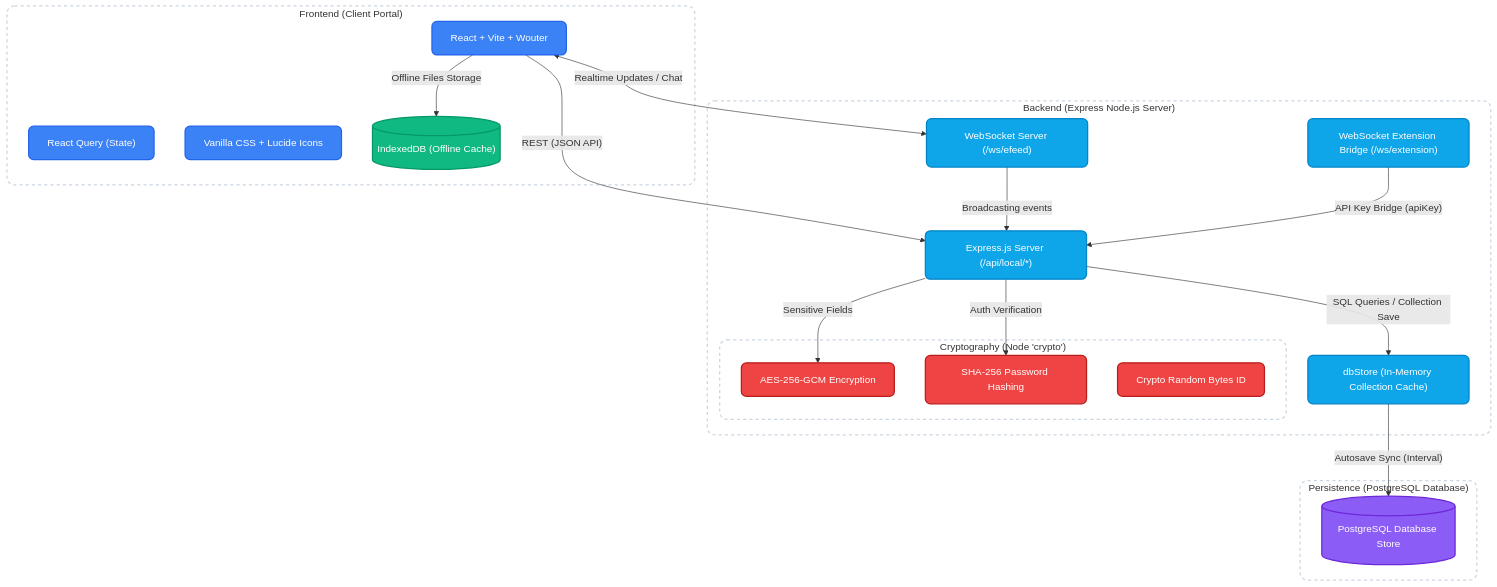
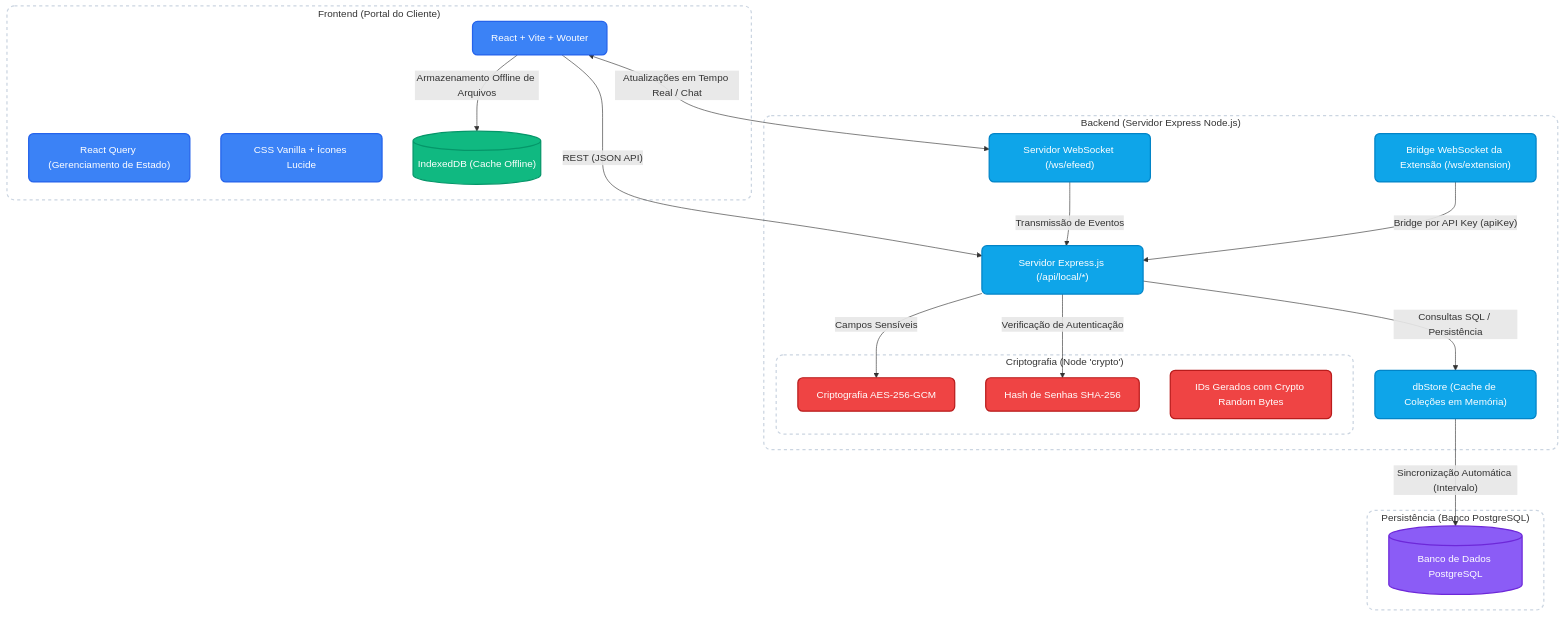
Before and after one commit to EduTok/map: the first of 6 diagrams in README.md, drawn with Mermaid. The commit also changed other lines of this file, not shown here.

````diff
--- a/README.md
+++ b/README.md
@@ -10,48 +11,48 @@
 ```mermaid
 graph TD
     %% Base styling
     classDef client fill:#3b82f6,color:#ffffff,stroke:#2563eb,stroke-width:2px,rx:8px,ry:8px
     classDef server fill:#0ea5e9,color:#ffffff,stroke:#0284c7,stroke-width:2px,rx:8px,ry:8px
     classDef storage fill:#8b5cf6,color:#ffffff,stroke:#6d28d9,stroke-width:2px,rx:8px,ry:8px
     classDef cache fill:#10b981,color:#ffffff,stroke:#059669,stroke-width:2px,rx:8px,ry:8px
     classDef security fill:#ef4444,color:#ffffff,stroke:#b91c1c,stroke-width:2px,rx:8px,ry:8px
     classDef boundary fill:none,stroke:#cbd5e1,stroke-width:2px,stroke-dasharray: 5 5,rx:12px,ry:12px
 
-    subgraph Frontend["Frontend (Client Portal)"]
+    subgraph Frontend["Frontend (Portal do Cliente)"]
         React["React + Vite + Wouter"]:::client
-        ReactQuery["React Query (State)"]:::client
-        Tailwind["Vanilla CSS + Lucide Icons"]:::client
-        IndexedDB[("IndexedDB (Offline Cache)")]:::cache
+        ReactQuery["React Query (Gerenciamento de Estado)"]:::client
+        Tailwind["CSS Vanilla + Ícones Lucide"]:::client
+        IndexedDB[("IndexedDB (Cache Offline)")]:::cache
     end
 
-    subgraph Backend["Backend (Express Node.js Server)"]
-        API["Express.js Server (/api/local/*)"]:::server
-        WSEfeed["WebSocket Server (/ws/efeed)"]:::server
-        WSExt["WebSocket Extension Bridge (/ws/extension)"]:::server
-        dbStore["dbStore (In-Memory Collection Cache)"]:::server
+    subgraph Backend["Backend (Servidor Express Node.js)"]
+        API["Servidor Express.js (/api/local/*)"]:::server
+        WSEfeed["Servidor WebSocket (/ws/efeed)"]:::server
+        WSExt["Bridge WebSocket da Extensão (/ws/extension)"]:::server
+        dbStore["dbStore (Cache de Coleções em Memória)"]:::server
         
-        subgraph Crypto["Cryptography (Node 'crypto')"]
-            AES["AES-256-GCM Encryption"]:::security
-            SHA["SHA-256 Password Hashing"]:::security
-            GenID["Crypto Random Bytes ID"]:::security
+        subgraph Crypto["Criptografia (Node 'crypto')"]
+            AES["Criptografia AES-256-GCM"]:::security
+            SHA["Hash de Senhas SHA-256"]:::security
+            GenID["IDs Gerados com Crypto Random Bytes"]:::security
         end
     end
 
-    subgraph Persistence["Persistence (PostgreSQL Database)"]
-        Postgres[("PostgreSQL Database Store")]:::storage
+    subgraph Persistence["Persistência (Banco PostgreSQL)"]
+        Postgres[("Banco de Dados PostgreSQL")]:::storage
     end
 
     React -- "REST (JSON API)" --> API
-    React <--"Realtime Updates / Chat"--> WSEfeed
-    React -- "Offline Files Storage" --> IndexedDB
+    React <--"Atualizações em Tempo Real / Chat"--> WSEfeed
+    React -- "Armazenamento Offline de Arquivos" --> IndexedDB
 
-    API -- "Sensitive Fields" --> AES
-    dbStore -- "Autosave Sync (Interval)" --> Postgres
-    API -- "Auth Verification" --> SHA
+    API -- "Campos Sensíveis" --> AES
+    dbStore -- "Sincronização Automática (Intervalo)" --> Postgres
+    API -- "Verificação de Autenticação" --> SHA
 
-    API -- "SQL Queries / Collection Save" --> dbStore
-    WSEfeed -- "Broadcasting events" --> API
-    WSExt -- "API Key Bridge (apiKey)" --> API
+    API -- "Consultas SQL / Persistência" --> dbStore
+    WSEfeed -- "Transmissão de Eventos" --> API
+    WSExt -- "Bridge por API Key (apiKey)" --> API
     
     class Frontend,Backend,Persistence,Crypto boundary
 ```
````
